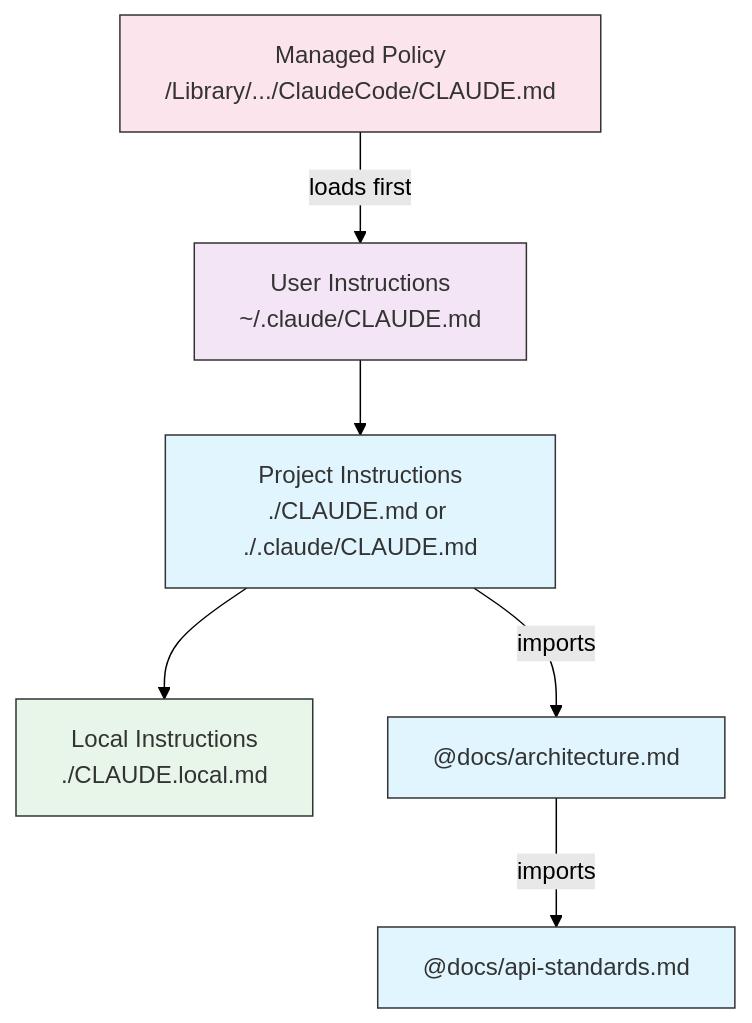
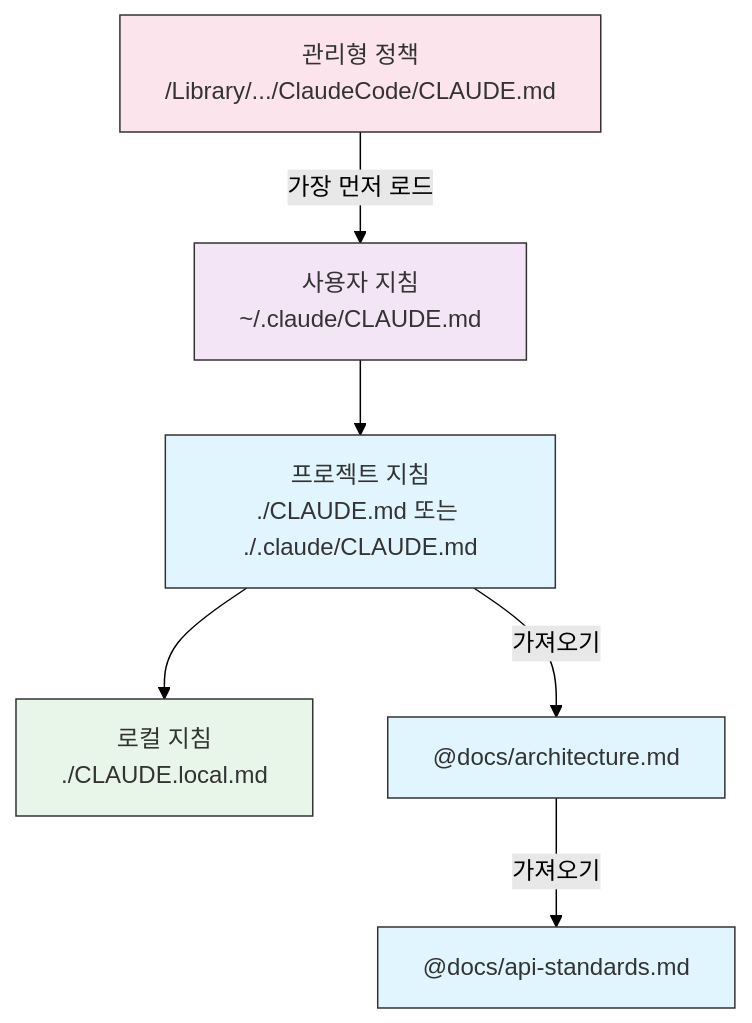
The second of 5 diagrams in 02-memory/README.md (KIMDONGWHEE99/howkorean), drawn with Mermaid (forest theme) before and after one commit. The commit also changed other lines of this file, not shown here.

````diff
--- a/02-memory/README.md
+++ b/02-memory/README.md
@@ -237,16 +237,16 @@
 ```mermaid
 graph TD
-    A["Managed Policy<br/>/Library/.../ClaudeCode/CLAUDE.md"] -->|loads first| B["User Instructions<br/>~/.claude/CLAUDE.md"]
-    B --> C["Project Instructions<br/>./CLAUDE.md or ./.claude/CLAUDE.md"]
-    C --> D["Local Instructions<br/>./CLAUDE.local.md"]
+    A["관리형 정책<br/>/Library/.../ClaudeCode/CLAUDE.md"] -->|가장 먼저 로드| B["사용자 지침<br/>~/.claude/CLAUDE.md"]
+    B --> C["프로젝트 지침<br/>./CLAUDE.md 또는 ./.claude/CLAUDE.md"]
+    C --> D["로컬 지침<br/>./CLAUDE.local.md"]
 
-    C -->|imports| H["@docs/architecture.md"]
-    H -->|imports| I["@docs/api-standards.md"]
+    C -->|가져오기| H["@docs/architecture.md"]
+    H -->|가져오기| I["@docs/api-standards.md"]
 
     style A fill:#fce4ec,stroke:#333,color:#333
     style B fill:#f3e5f5,stroke:#333,color:#333
     style C fill:#e1f5fe,stroke:#333,color:#333
     style D fill:#e8f5e9,stroke:#333,color:#333
     style H fill:#e1f5fe,stroke:#333,color:#333
     style I fill:#e1f5fe,stroke:#333,color:#333
 ```
````
